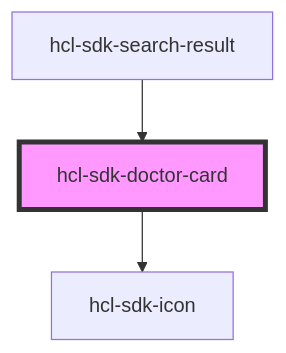
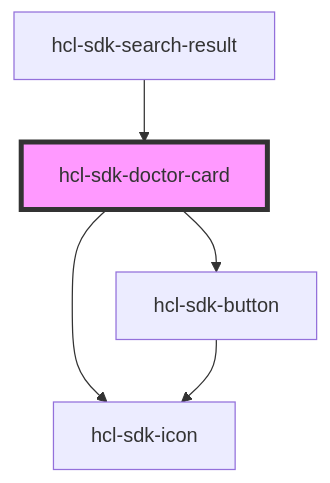
The diagram in packages/hcl-sdk-web-ui/docs/components/ui-kits/hcl-sdk-doctor-card/readme.md (hcl-sdk/HealthCareLocatorWebSDK), drawn with Mermaid before and after one commit. The commit also changed other lines of this file and 7 other files, not shown here.

````diff
--- a/packages/hcl-sdk-web-ui/docs/components/ui-kits/hcl-sdk-doctor-card/readme.md
+++ b/packages/hcl-sdk-web-ui/docs/components/ui-kits/hcl-sdk-doctor-card/readme.md
@@ -34,6 +35,8 @@
 ```mermaid
 graph TD;
+  hcl-sdk-doctor-card --> hcl-sdk-button
   hcl-sdk-doctor-card --> hcl-sdk-icon
+  hcl-sdk-button --> hcl-sdk-icon
   hcl-sdk-search-result --> hcl-sdk-doctor-card
   style hcl-sdk-doctor-card fill:#f9f,stroke:#333,stroke-width:4px
 ```
````
